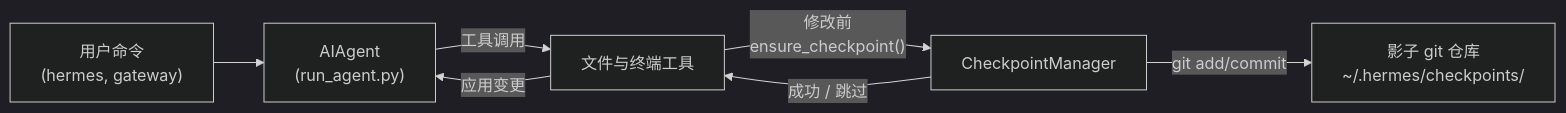
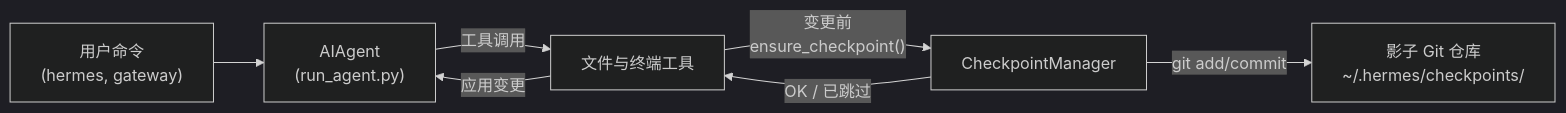
One commit to dracohu2025-cloud/hermes-agent changed the diagram in site/docs/user-guide/checkpoints-and-rollback.md. Above: the diagram before and after it, drawn with Mermaid (dark theme). The commit also changed other lines of this file and 540 other files, not shown here.

````diff
--- a/site/docs/user-guide/checkpoints-and-rollback.md
+++ b/site/docs/user-guide/checkpoints-and-rollback.md
@@ -43,15 +43,15 @@
 ```mermaid
 flowchart LR
   user["用户命令\n(hermes, gateway)"]
   agent["AIAgent\n(run_agent.py)"]
   tools["文件与终端工具"]
   cpMgr["CheckpointManager"]
-  shadowRepo["影子 git 仓库\n~/.hermes/checkpoints/<hash>"]
+  shadowRepo["影子 Git 仓库\n~/.hermes/checkpoints/<hash>"]
 
   user --> agent
   agent -->|"工具调用"| tools
-  tools -->|"修改前\nensure_checkpoint()"| cpMgr
+  tools -->|"变更前\nensure_checkpoint()"| cpMgr
   cpMgr -->|"git add/commit"| shadowRepo
-  cpMgr -->|"成功 / 跳过"| tools
+  cpMgr -->|"OK / 已跳过"| tools
   tools -->|"应用变更"| agent
 ```
````
